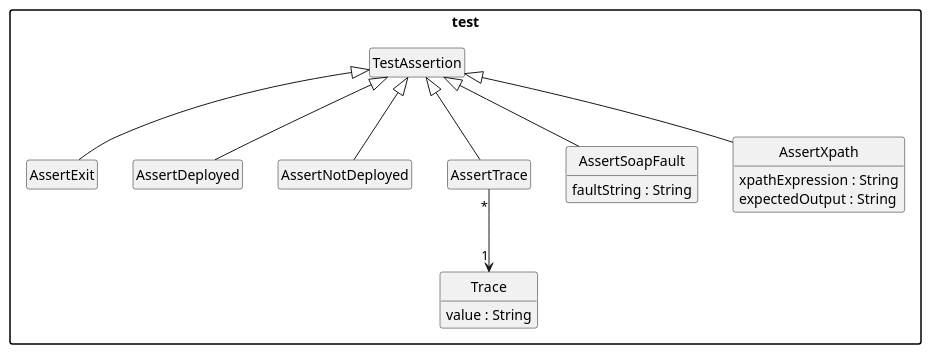
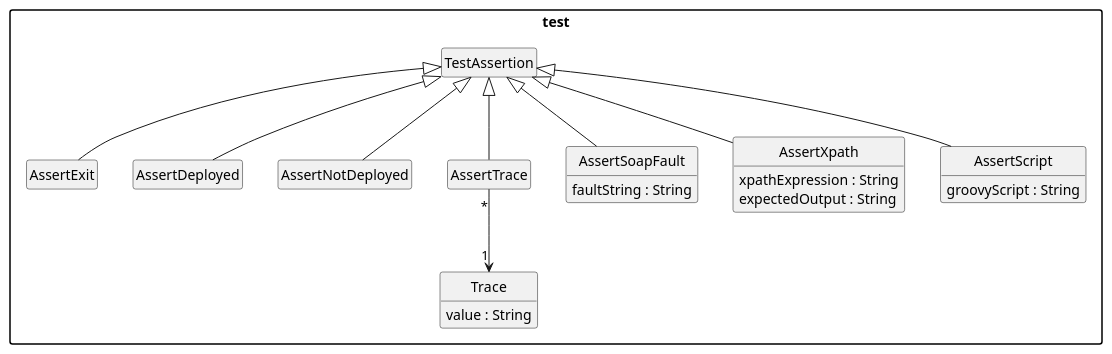
One commit to uniba-dsg/betsy changed the diagram in pebl/doc/benchmark-test-assertions.puml. Above: the diagram before and after it, drawn with PlantUML. The commit also changed 17 other files, not shown here.

```diff
--- a/pebl/doc/benchmark-test-assertions.puml
+++ b/pebl/doc/benchmark-test-assertions.puml
@@ -1,34 +1,37 @@
 @startuml
 
 package "test" {
 
 	class TestAssertion {
 	}
 
 	class AssertExit extends TestAssertion
 	class AssertDeployed extends TestAssertion
 	class AssertNotDeployed extends TestAssertion
 	class AssertTrace extends TestAssertion
 	class AssertSoapFault extends TestAssertion {
 	  faultString : String
 	}
 	class AssertXpath extends TestAssertion {
 	  xpathExpression : String
 	  expectedOutput : String
 	}
 	class Trace {
 	  value : String
 	}
+	class AssertScript extends TestAssertion {
+    	  groovyScript : String
+    	}
 
 }
 
 AssertTrace "*" -down-> "1" Trace
 
 hide empty members
 hide empty methods
 hide circle
 
 skinparam monochrome true
 skinparam shadowing false
 skinparam packageStyle rect
 @enduml
```
